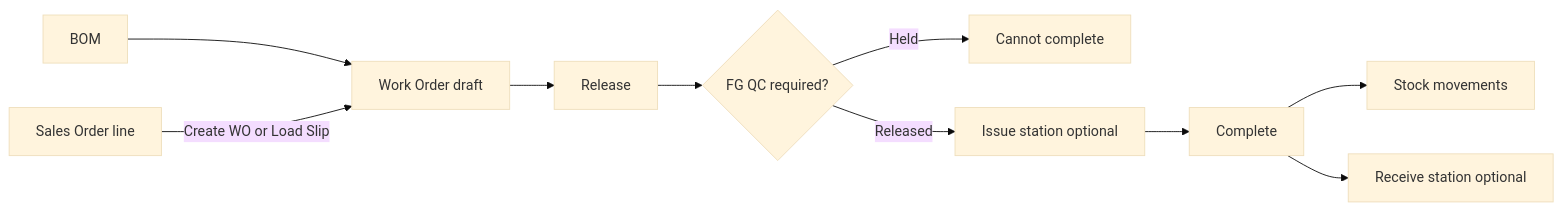
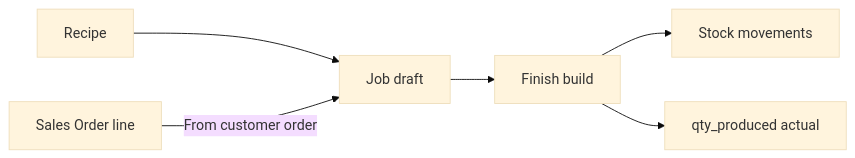
One commit to erpproject116-gif/bluearmerp-v3 changed the diagram in docs/notion-knowledge-base/21-PRODUCTION.md. Above: the diagram before and after it, drawn with Mermaid (base theme). The commit also changed other lines of this file and 15 other files, not shown here.

````diff
--- a/docs/notion-knowledge-base/21-PRODUCTION.md
+++ b/docs/notion-knowledge-base/21-PRODUCTION.md
@@ -22,12 +30,8 @@
 ```mermaid
 flowchart LR
-  BOM[BOM] --> WO[Work Order draft]
-  SO[Sales Order line] -->|Create WO or Load Slip| WO
-  WO --> REL[Release]
-  REL --> QC{FG QC required?}
-  QC -->|Held| HOLD[Cannot complete]
-  QC -->|Released| ISSUE[Issue station optional]
-  ISSUE --> COMP[Complete]
-  COMP --> STK[Stock movements]
-  COMP --> FG[Receive station optional]
+  BOM[Recipe] --> WO[Job draft]
+  SO[Sales Order line] -->|From customer order| WO
+  WO --> FIN[Finish build]
+  FIN --> STK[Stock movements]
+  FIN --> QTY[qty_produced actual]
 ```
````
